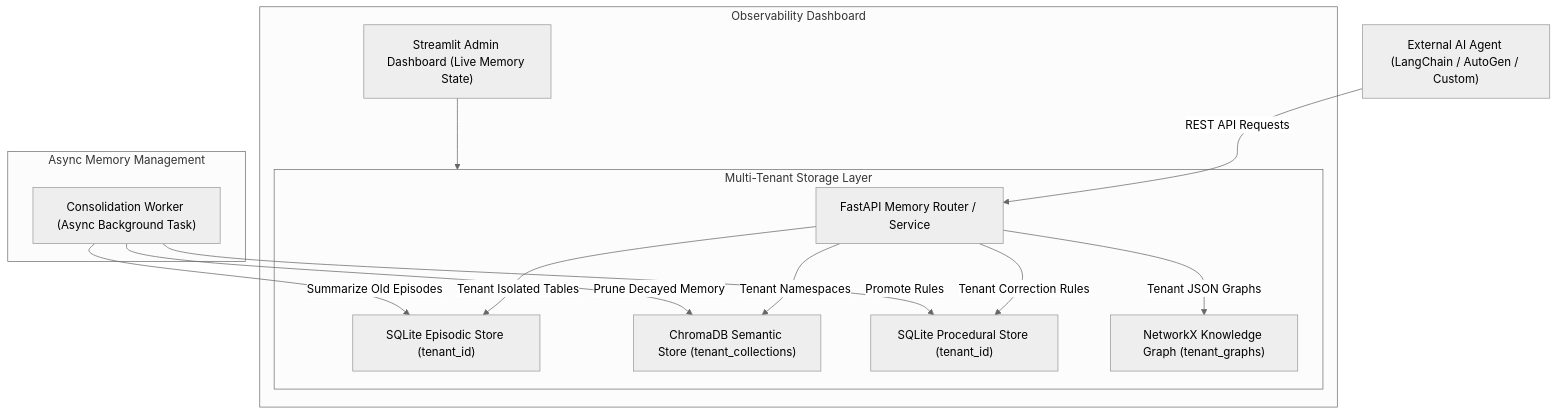
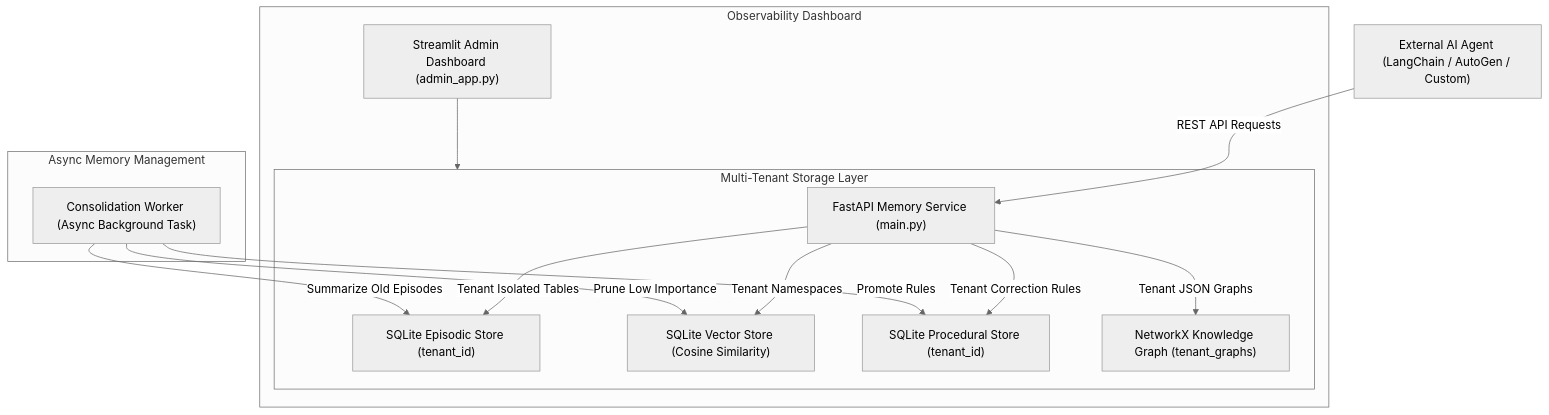
One commit to sohaibAkhlaq/calderr-ai-2026 changed the diagram in WEEK 6/production_project/README.md. Above: the diagram before and after it, drawn with Mermaid (neutral theme). The commit also changed other lines of this file, not shown here.

Commit message:
Deploy Production Project 6-P-A: Enterprise AI Memory Platform - README.md

````diff
--- a/WEEK 6/production_project/README.md
+++ b/WEEK 6/production_project/README.md
@@ -22,23 +28,23 @@
 ```mermaid
 flowchart TD
-    ExternalAgent["External AI Agent (LangChain / AutoGen / Custom)"] --> |REST API Requests| MemoryRouter["FastAPI Memory Router / Service"]
+    ExternalAgent["External AI Agent (LangChain / AutoGen / Custom)"] --> |REST API Requests| MemoryRouter["FastAPI Memory Service (main.py)"]
     
     subgraph MultiTenantStore ["Multi-Tenant Storage Layer"]
         MemoryRouter --> |Tenant Isolated Tables| EpisodicDB["SQLite Episodic Store (tenant_id)"]
-        MemoryRouter --> |Tenant Namespaces| ChromaDB["ChromaDB Semantic Store (tenant_collections)"]
+        MemoryRouter --> |Tenant Namespaces| VectorStore["SQLite Vector Store (Cosine Similarity)"]
         MemoryRouter --> |Tenant Correction Rules| ProceduralDB["SQLite Procedural Store (tenant_id)"]
         MemoryRouter --> |Tenant JSON Graphs| NetworkX["NetworkX Knowledge Graph (tenant_graphs)"]
     end
     
     subgraph BackgroundWorker ["Async Memory Management"]
         ConsolidationWorker["Consolidation Worker (Async Background Task)"]
         ConsolidationWorker --> |Summarize Old Episodes| EpisodicDB
         ConsolidationWorker --> |Promote Rules| ProceduralDB
-        ConsolidationWorker --> |Prune Decayed Memory| ChromaDB
+        ConsolidationWorker --> |Prune Low Importance| VectorStore
     end
     
     subgraph AdminUI ["Observability Dashboard"]
-        StreamlitDashboard["Streamlit Admin Dashboard (Live Memory State)"]
+        StreamlitDashboard["Streamlit Admin Dashboard (admin_app.py)"]
         StreamlitDashboard --> MultiTenantStore
     end
 ```
````
